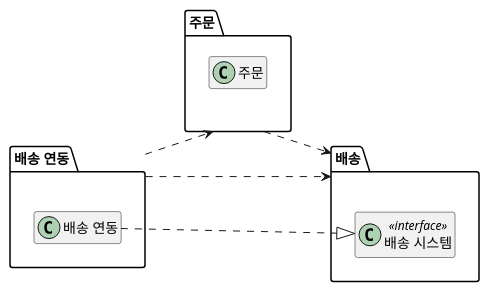
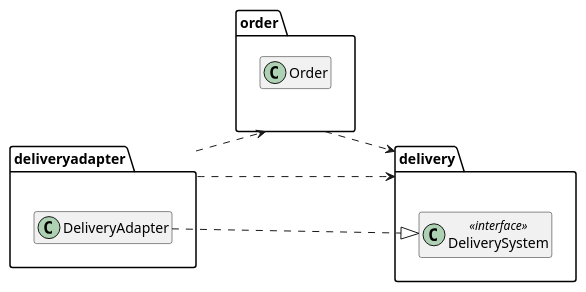
The third of 12 diagrams in courses/ooad/sessions/s05.md (YoungSan77/TrainingMaterials), drawn with PlantUML before and after one commit. The commit also changed other lines of this file and 69 other files, not shown here.

````diff
--- a/courses/ooad/sessions/s05.md
+++ b/courses/ooad/sessions/s05.md
@@ -211,19 +237,19 @@
 ```plantuml:package
 @startuml
 hide empty members
 left to right direction
-package "주문" as O {
-  class "주문" as Order
+package "order" as O {
+  class "Order" as Order
 }
-package "배송" as D {
-  class "배송 시스템" as DS <<interface>>
+package "delivery" as D {
+  class "DeliverySystem" as DS <<interface>>
 }
-package "배송 연동" as DA {
-  class "배송 연동" as Adapter
+package "deliveryadapter" as DA {
+  class "DeliveryAdapter" as Adapter
 }
 O ..> D
 DA ..> D
 DA ..> O
 Adapter ..|> DS
 @enduml
 ```
````
